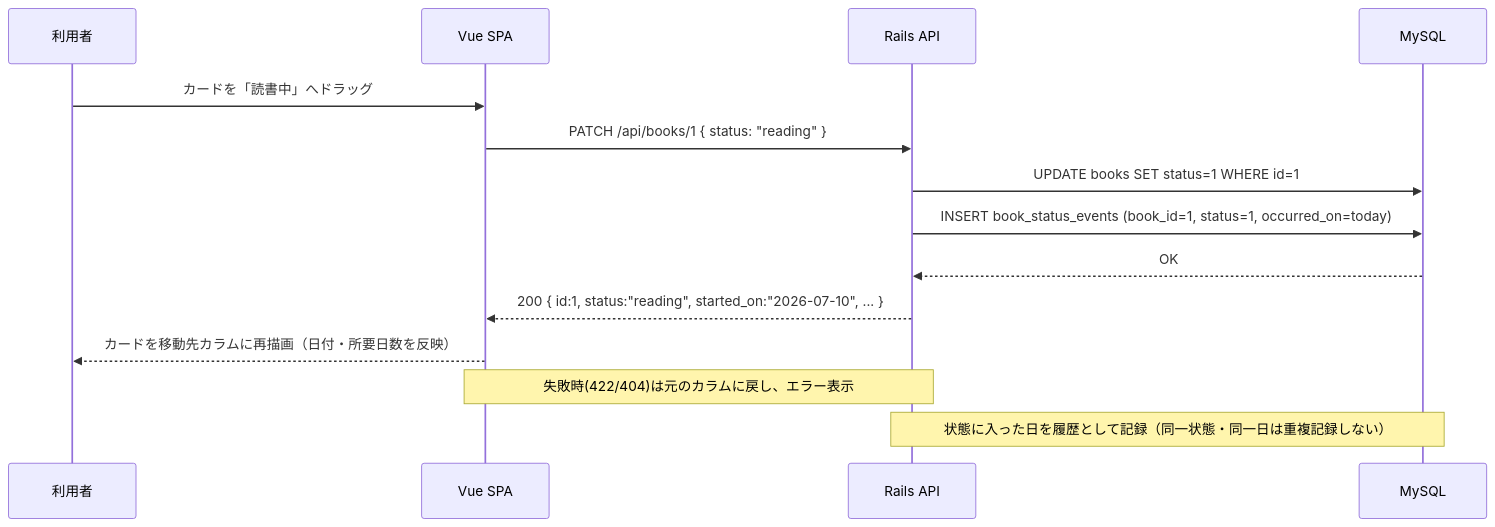
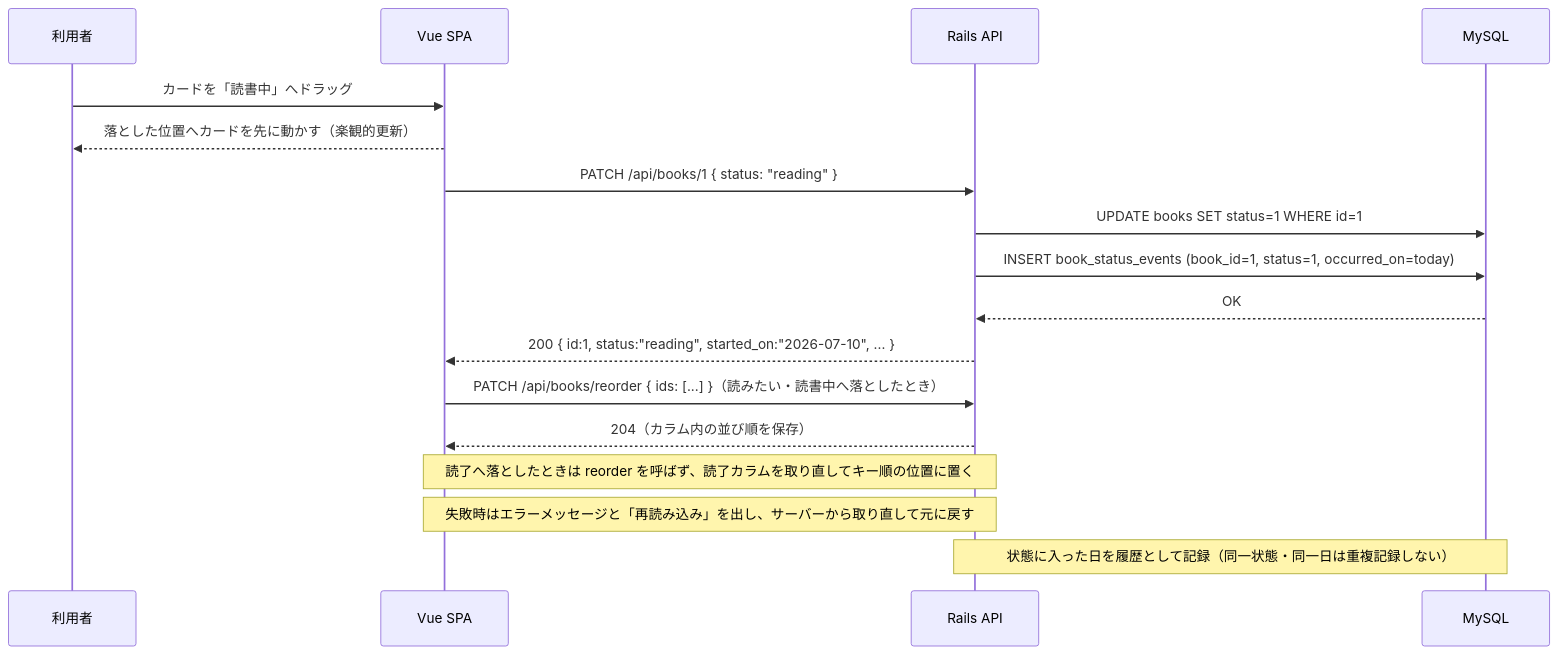
The sixth of 7 diagrams in docs/basic-design.md (adamaru-code/reading-board), drawn with Mermaid before and after one commit. The commit also changed other lines of this file and 6 other files, not shown here.

````diff
--- a/docs/basic-design.md
+++ b/docs/basic-design.md
@@ -197,16 +197,19 @@
 ```mermaid
 sequenceDiagram
     participant U as 利用者
     participant V as Vue SPA
     participant R as Rails API
     participant D as MySQL
     U->>V: カードを「読書中」へドラッグ
+    V-->>U: 落とした位置へカードを先に動かす（楽観的更新）
     V->>R: PATCH /api/books/1 { status: "reading" }
     R->>D: UPDATE books SET status=1 WHERE id=1
     R->>D: INSERT book_status_events (book_id=1, status=1, occurred_on=today)
     D-->>R: OK
     R-->>V: 200 { id:1, status:"reading", started_on:"2026-07-10", ... }
-    V-->>U: カードを移動先カラムに再描画（日付・所要日数を反映）
-    Note over V,R: 失敗時(422/404)は元のカラムに戻し、エラー表示
+    V->>R: PATCH /api/books/reorder { ids: [...] }（読みたい・読書中へ落としたとき）
+    R-->>V: 204（カラム内の並び順を保存）
+    Note over V,R: 読了へ落としたときは reorder を呼ばず、読了カラムを取り直してキー順の位置に置く
+    Note over V,R: 失敗時はエラーメッセージと「再読み込み」を出し、サーバーから取り直して元に戻す
     Note over R,D: 状態に入った日を履歴として記録（同一状態・同一日は重複記録しない）
 ```
````
